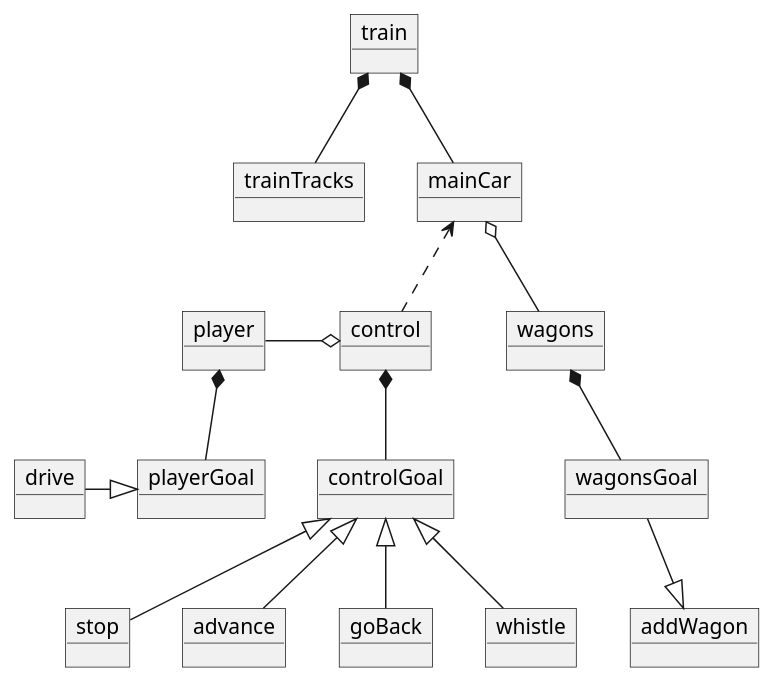
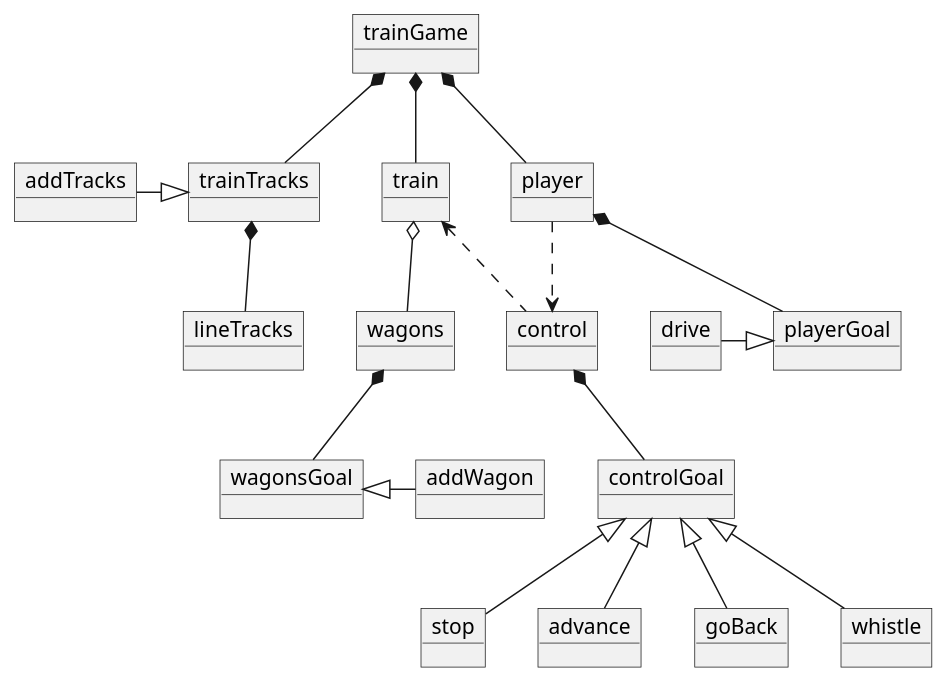
The diagram in docs/train-diagram.puml (ederramos01/01-train), drawn with PlantUML before and after one commit. The commit also changed 8 other files, not shown here.

```diff
--- a/docs/train-diagram.puml
+++ b/docs/train-diagram.puml
@@ -1,42 +1,47 @@
 @startuml trainModel
 
+    object trainGame
     object train
     object trainTracks
-    object mainCar
-
+    object lineTracks
+    object addTracks
+    
     object wagons
     object wagonsGoal
     object addWagon
     object control
     object controlGoal
     object stop
     object advance
     object goBack
     object whistle
     object player
     object playerGoal
     object drive
 
-    train *-- mainCar
+    trainGame *-- train
+    trainGame *-- player
     
-    mainCar o-- wagons
-    mainCar <.. control
+    train o-- wagons
+    train <.. control
     
-    train *-- trainTracks
+    trainGame *-- trainTracks
+    addTracks -right-|> trainTracks
+    trainTracks *-- lineTracks
 
     wagons *-- wagonsGoal
-    wagonsGoal --|> addWagon
+    addWagon -left-|> wagonsGoal
 
     player *-- playerGoal
     drive -right-|> playerGoal
 
-    control o-left- player
+    control <.left. player
     control *-- controlGoal
     controlGoal <|-- stop
     controlGoal <|-- advance
     controlGoal <|-- goBack
     controlGoal <|-- whistle
 
     
 
 @enduml
```
